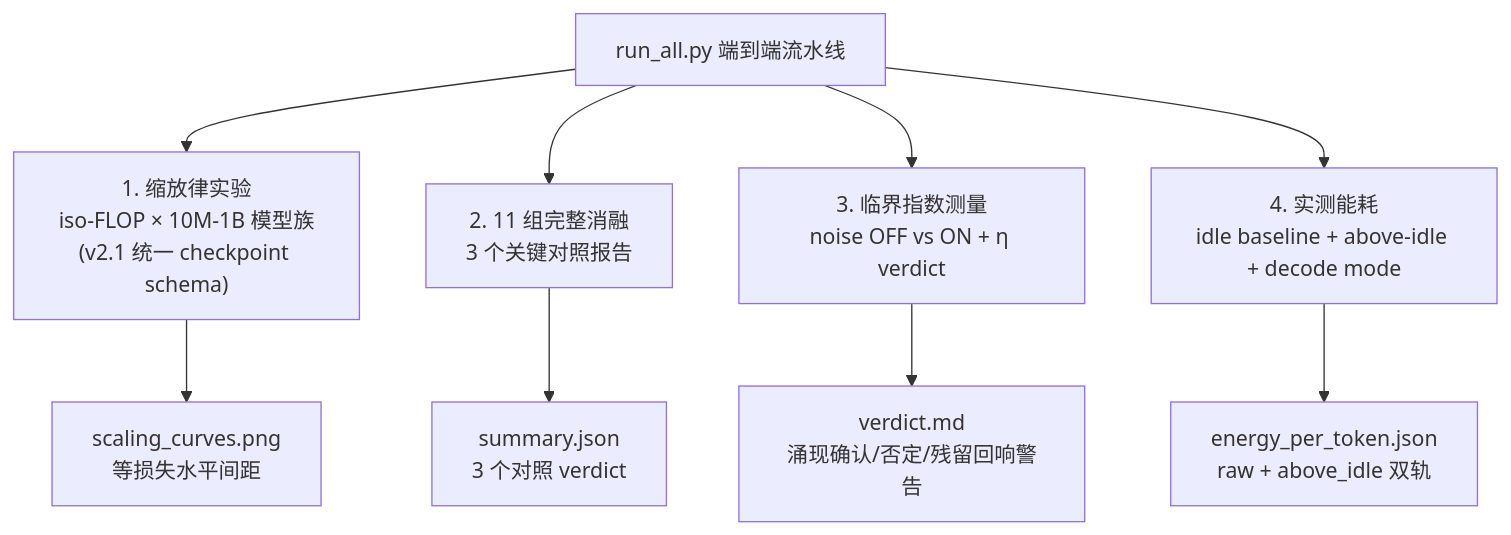
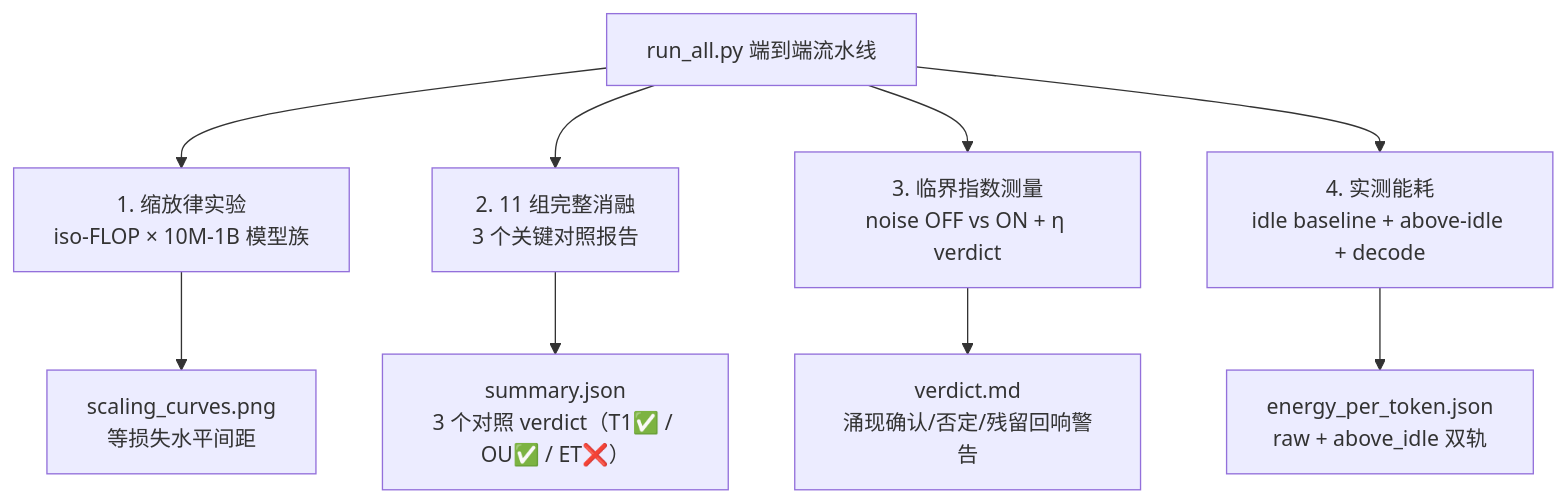
The diagram in README.md (gwailee/uid), drawn with Mermaid before and after one commit. The commit also changed other lines of this file, not shown here.

````diff
--- a/README.md
+++ b/README.md
@@ -445,12 +769,12 @@
 ```mermaid
 flowchart TD
-    A["run_all.py 端到端流水线"] --> B["1. 缩放律实验<br/>iso-FLOP × 10M-1B 模型族<br/>(v2.1 统一 checkpoint schema)"]
+    A["run_all.py 端到端流水线"] --> B["1. 缩放律实验<br/>iso-FLOP × 10M-1B 模型族"]
     A --> C["2. 11 组完整消融<br/>3 个关键对照报告"]
     A --> D["3. 临界指数测量<br/>noise OFF vs ON + η verdict"]
-    A --> E["4. 实测能耗<br/>idle baseline + above-idle + decode mode"]
+    A --> E["4. 实测能耗<br/>idle baseline + above-idle + decode"]
 
     B --> F["scaling_curves.png<br/>等损失水平间距"]
-    C --> G["summary.json<br/>3 个对照 verdict"]
+    C --> G["summary.json<br/>3 个对照 verdict（T1✅ / OU✅ / ET❌）"]
     D --> H["verdict.md<br/>涌现确认/否定/残留回响警告"]
     E --> I["energy_per_token.json<br/>raw + above_idle 双轨"]
 ```
````
